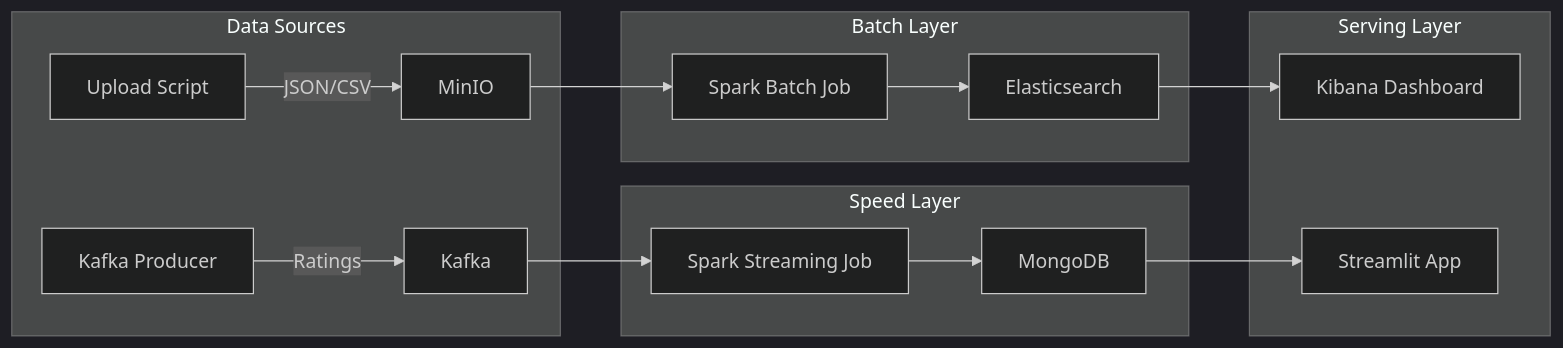
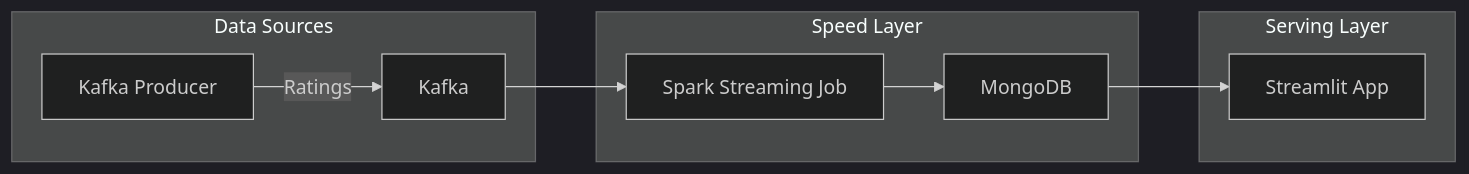
Before and after one commit to nguyentieuanh/big_data_pipeline_movie: the diagram in README.md, drawn with Mermaid (dark theme). The commit also changed other lines of this file, not shown here.

````diff
--- a/README.md
+++ b/README.md
@@ -8,22 +8,15 @@
 ```mermaid
 graph LR
     subgraph "Data Sources"
-        Upload[Upload Script] -->|JSON/CSV| MinIO
         Producer[Kafka Producer] -->|Ratings| Kafka
-    end
-    
-    subgraph "Batch Layer"
-        MinIO --> SparkBatch[Spark Batch Job]
-        SparkBatch --> ES[Elasticsearch]
     end
     
     subgraph "Speed Layer"
         Kafka --> SparkStream[Spark Streaming Job]
         SparkStream --> Mongo[MongoDB]
     end
     
     subgraph "Serving Layer"
-        ES --> Kibana[Kibana Dashboard]
         Mongo --> Streamlit[Streamlit App]
     end
 ```
````
